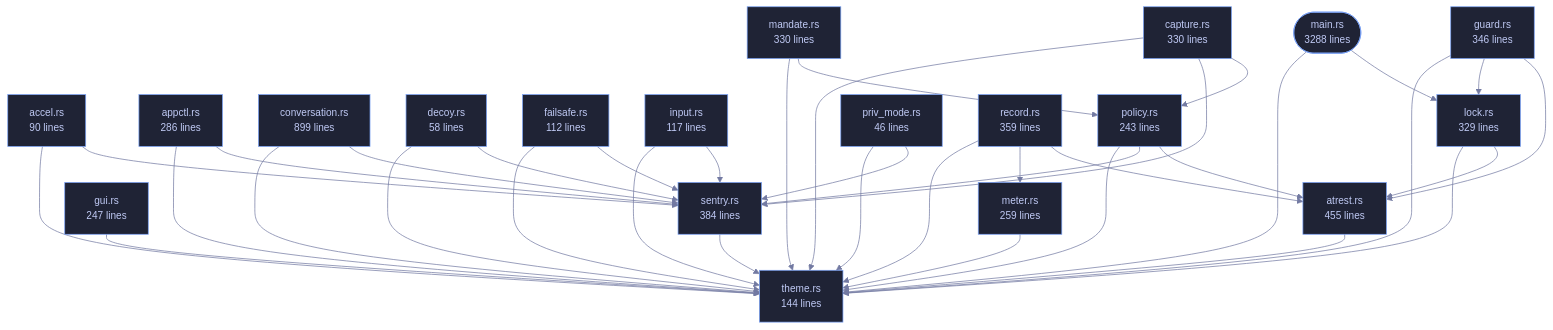
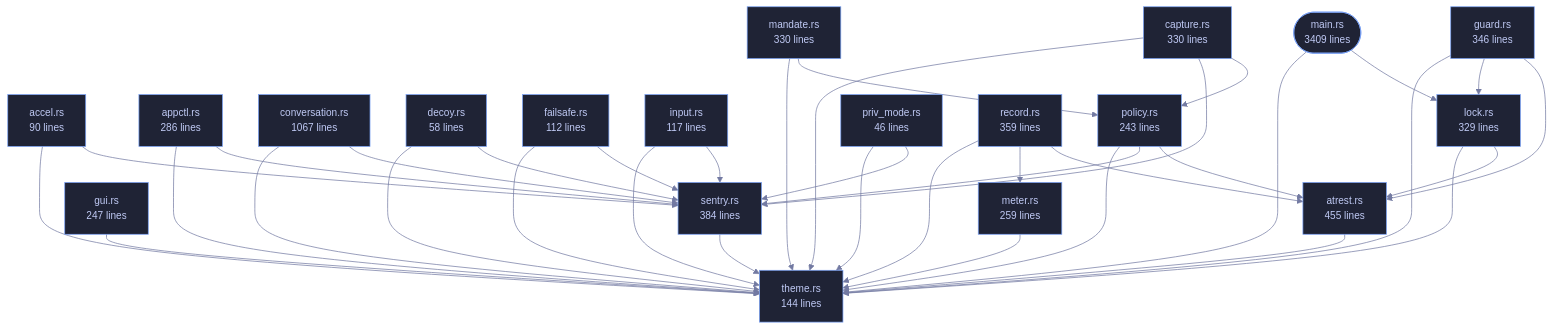
One commit to tilas01/veilvoice changed the diagram in crates/veilvoice-cli/README.md. Above: the diagram before and after it, drawn with Mermaid. The commit also changed other lines of this file and 55 other files, not shown here.

````diff
--- a/crates/veilvoice-cli/README.md
+++ b/crates/veilvoice-cli/README.md
@@ -110,78 +110,78 @@
 ```mermaid
 %%{init: {"theme":"base","themeVariables":{"background":"#1a1b26","primaryColor":"#1f2335","primaryTextColor":"#c0caf5","primaryBorderColor":"#7aa2f7","secondaryColor":"#16161e","tertiaryColor":"#16161e","lineColor":"#737aa2","textColor":"#c0caf5","mainBkg":"#1f2335","nodeBorder":"#7aa2f7","clusterBkg":"#16161e","clusterBorder":"#2f3549","fontFamily":"ui-monospace, SFMono-Regular, Consolas, monospace","fontSize":"14px"}}}%%
 flowchart TD
-    n_main(["main.rs<br/>3288 lines"])
+    n_main(["main.rs<br/>3409 lines"])
     n_accel["accel.rs<br/>90 lines"]
     n_appctl["appctl.rs<br/>286 lines"]
     n_atrest["atrest.rs<br/>455 lines"]
     n_capture["capture.rs<br/>330 lines"]
-    n_conversation["conversation.rs<br/>899 lines"]
+    n_conversation["conversation.rs<br/>1067 lines"]
     n_decoy["decoy.rs<br/>58 lines"]
     n_failsafe["failsafe.rs<br/>112 lines"]
     n_guard["guard.rs<br/>346 lines"]
     n_gui["gui.rs<br/>247 lines"]
     n_input["input.rs<br/>117 lines"]
     n_lock["lock.rs<br/>329 lines"]
     n_mandate["mandate.rs<br/>330 lines"]
     n_meter["meter.rs<br/>259 lines"]
     n_policy["policy.rs<br/>243 lines"]
     n_priv_mode["priv_mode.rs<br/>46 lines"]
     n_record["record.rs<br/>359 lines"]
     n_sentry["sentry.rs<br/>384 lines"]
     n_theme["theme.rs<br/>144 lines"]
     n_accel --> n_sentry
     n_accel --> n_theme
     n_appctl --> n_sentry
     n_appctl --> n_theme
     n_atrest --> n_theme
     n_capture --> n_policy
     n_capture --> n_sentry
     n_capture --> n_theme
     n_conversation --> n_sentry
     n_conversation --> n_theme
     n_decoy --> n_sentry
     n_decoy --> n_theme
     n_failsafe --> n_sentry
     n_failsafe --> n_theme
     n_guard --> n_atrest
     n_guard --> n_lock
     n_guard --> n_theme
     n_gui --> n_theme
     n_input --> n_sentry
     n_input --> n_theme
     n_lock --> n_atrest
     n_lock --> n_theme
     n_main --> n_lock
     n_main --> n_theme
     n_mandate --> n_policy
     n_mandate --> n_theme
     n_meter --> n_theme
     n_policy --> n_atrest
     n_policy --> n_sentry
     n_policy --> n_theme
     n_priv_mode --> n_sentry
     n_priv_mode --> n_theme
     n_record --> n_atrest
     n_record --> n_meter
     n_record --> n_theme
     n_sentry --> n_theme
     click n_main href "https://github.com/tilas01/veilvoice/blob/main/crates/veilvoice-cli/src/main.rs" "open the source"
     click n_accel href "https://github.com/tilas01/veilvoice/blob/main/crates/veilvoice-cli/src/accel.rs" "open the source"
     click n_appctl href "https://github.com/tilas01/veilvoice/blob/main/crates/veilvoice-cli/src/appctl.rs" "open the source"
     click n_atrest href "https://github.com/tilas01/veilvoice/blob/main/crates/veilvoice-cli/src/atrest.rs" "open the source"
     click n_capture href "https://github.com/tilas01/veilvoice/blob/main/crates/veilvoice-cli/src/capture.rs" "open the source"
     click n_conversation href "https://github.com/tilas01/veilvoice/blob/main/crates/veilvoice-cli/src/conversation.rs" "open the source"
     click n_decoy href "https://github.com/tilas01/veilvoice/blob/main/crates/veilvoice-cli/src/decoy.rs" "open the source"
     click n_failsafe href "https://github.com/tilas01/veilvoice/blob/main/crates/veilvoice-cli/src/failsafe.rs" "open the source"
     click n_guard href "https://github.com/tilas01/veilvoice/blob/main/crates/veilvoice-cli/src/guard.rs" "open the source"
     click n_gui href "https://github.com/tilas01/veilvoice/blob/main/crates/veilvoice-cli/src/gui.rs" "open the source"
     click n_input href "https://github.com/tilas01/veilvoice/blob/main/crates/veilvoice-cli/src/input.rs" "open the source"
     click n_lock href "https://github.com/tilas01/veilvoice/blob/main/crates/veilvoice-cli/src/lock.rs" "open the source"
     click n_mandate href "https://github.com/tilas01/veilvoice/blob/main/crates/veilvoice-cli/src/mandate.rs" "open the source"
     click n_meter href "https://github.com/tilas01/veilvoice/blob/main/crates/veilvoice-cli/src/meter.rs" "open the source"
     click n_policy href "https://github.com/tilas01/veilvoice/blob/main/crates/veilvoice-cli/src/policy.rs" "open the source"
     click n_priv_mode href "https://github.com/tilas01/veilvoice/blob/main/crates/veilvoice-cli/src/priv_mode.rs" "open the source"
     click n_record href "https://github.com/tilas01/veilvoice/blob/main/crates/veilvoice-cli/src/record.rs" "open the source"
     click n_sentry href "https://github.com/tilas01/veilvoice/blob/main/crates/veilvoice-cli/src/sentry.rs" "open the source"
     click n_theme href "https://github.com/tilas01/veilvoice/blob/main/crates/veilvoice-cli/src/theme.rs" "open the source"
 ```
````
